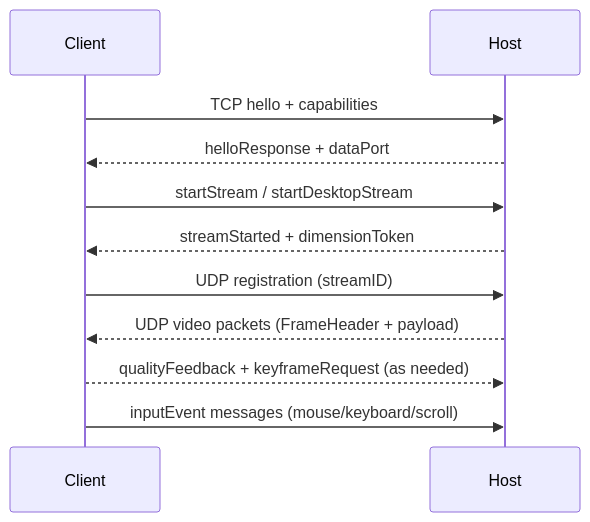
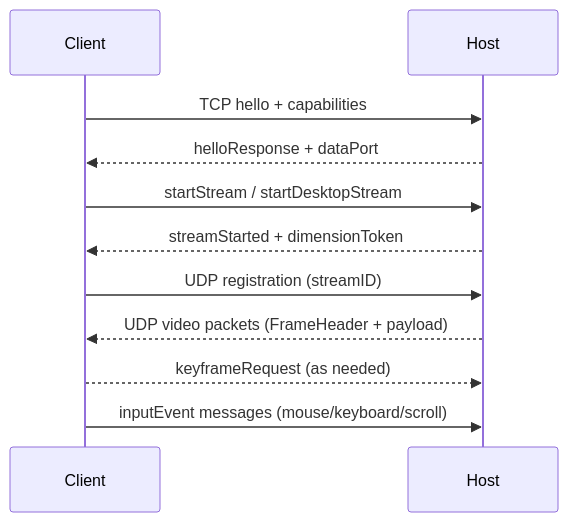
The second of 4 diagrams in Architecture.md (EthanLipnik/MirageKit), drawn with Mermaid before and after one commit. The commit also changed other lines of this file and 18 other files, not shown here.

````diff
--- a/Architecture.md
+++ b/Architecture.md
@@ -47,13 +47,13 @@
 ```mermaid
 sequenceDiagram
     participant Client
     participant Host
     Client->>Host: TCP hello + capabilities
     Host-->>Client: helloResponse + dataPort
     Client->>Host: startStream / startDesktopStream
     Host-->>Client: streamStarted + dimensionToken
     Client->>Host: UDP registration (streamID)
     Host-->>Client: UDP video packets (FrameHeader + payload)
-    Client-->>Host: qualityFeedback + keyframeRequest (as needed)
+    Client-->>Host: keyframeRequest (as needed)
     Client->>Host: inputEvent messages (mouse/keyboard/scroll)
 ```
````
